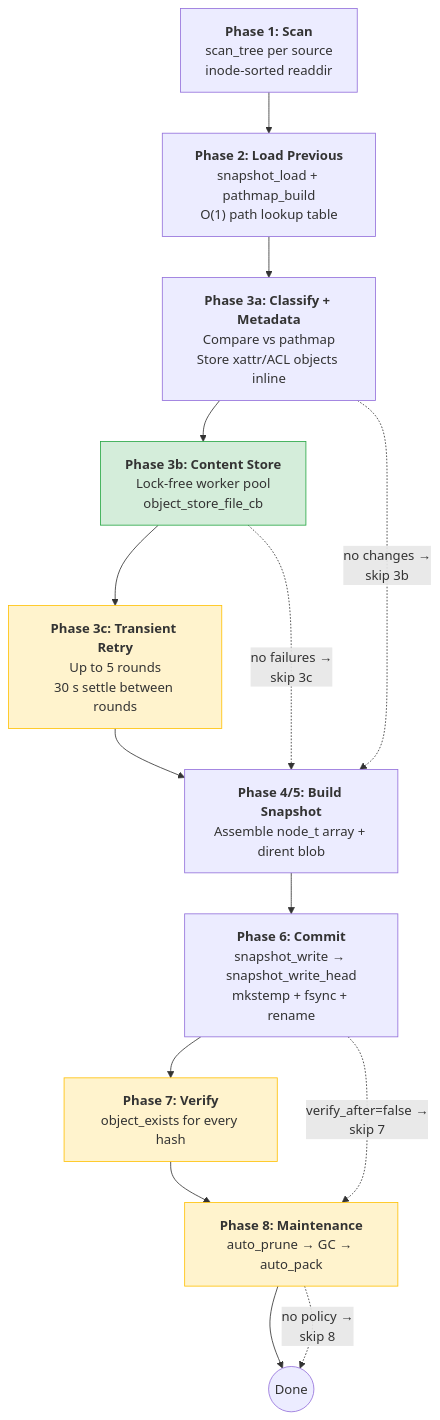
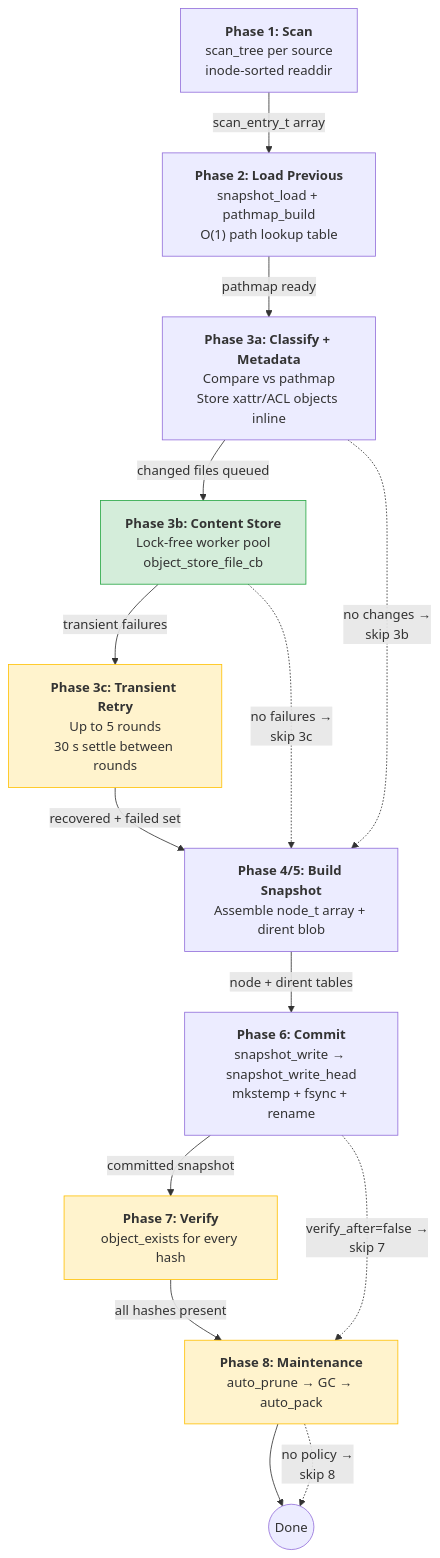
One commit to vifair22/c-backup changed the fourth of 5 diagrams in manual.md. Above: the diagram before and after it, drawn with Mermaid. The commit also changed other lines of this file and 11 other files, not shown here.

````diff
--- a/manual.md
+++ b/manual.md
@@ -1195,27 +1195,33 @@
 ```mermaid
 flowchart TD
     P1["<b>Phase 1: Scan</b><br/>scan_tree per source<br/>inode-sorted readdir"]
     P2["<b>Phase 2: Load Previous</b><br/>snapshot_load + pathmap_build<br/>O(1) path lookup table"]
     P3a["<b>Phase 3a: Classify + Metadata</b><br/>Compare vs pathmap<br/>Store xattr/ACL objects inline"]
     P3b["<b>Phase 3b: Content Store</b><br/>Lock-free worker pool<br/>object_store_file_cb"]
     P3c["<b>Phase 3c: Transient Retry</b><br/>Up to 5 rounds<br/>30 s settle between rounds"]
     P45["<b>Phase 4/5: Build Snapshot</b><br/>Assemble node_t array + dirent blob"]
     P6["<b>Phase 6: Commit</b><br/>snapshot_write → snapshot_write_head<br/>mkstemp + fsync + rename"]
     P7["<b>Phase 7: Verify</b><br/>object_exists for every hash"]
     P8["<b>Phase 8: Maintenance</b><br/>auto_prune → GC → auto_pack"]
     DONE(("Done"))
 
-    P1 --> P2 --> P3a --> P3b
-    P3b --> P3c --> P45 --> P6
-    P6 --> P7 --> P8 --> DONE
+    P1 -->|scan_entry_t array| P2
+    P2 -->|pathmap ready| P3a
+    P3a -->|changed files queued| P3b
+    P3b -->|transient failures| P3c
+    P3c -->|recovered + failed set| P45
+    P45 -->|node + dirent tables| P6
+    P6 -->|committed snapshot| P7
+    P7 -->|all hashes present| P8
+    P8 --> DONE
 
     P3a -. "no changes →<br/>skip 3b" .-> P45
     P3b -. "no failures →<br/>skip 3c" .-> P45
     P6 -. "verify_after=false →<br/>skip 7" .-> P8
     P8 -. "no policy →<br/>skip 8" .-> DONE
 
     style P3b fill:#d4edda,stroke:#28a745
     style P3c fill:#fff3cd,stroke:#ffc107
     style P7 fill:#fff3cd,stroke:#ffc107
     style P8 fill:#fff3cd,stroke:#ffc107
 ```
````
